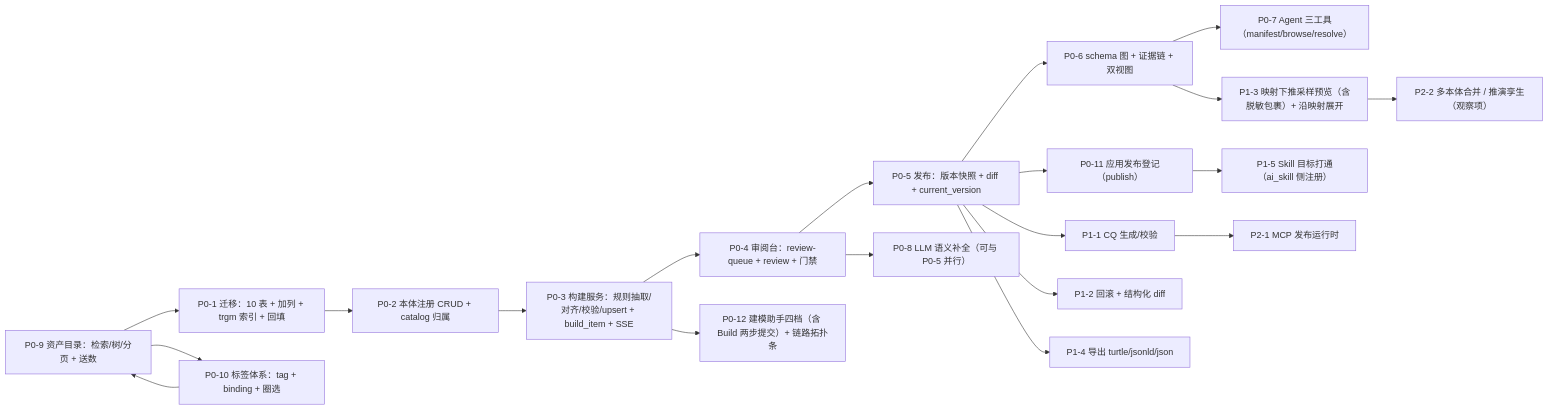
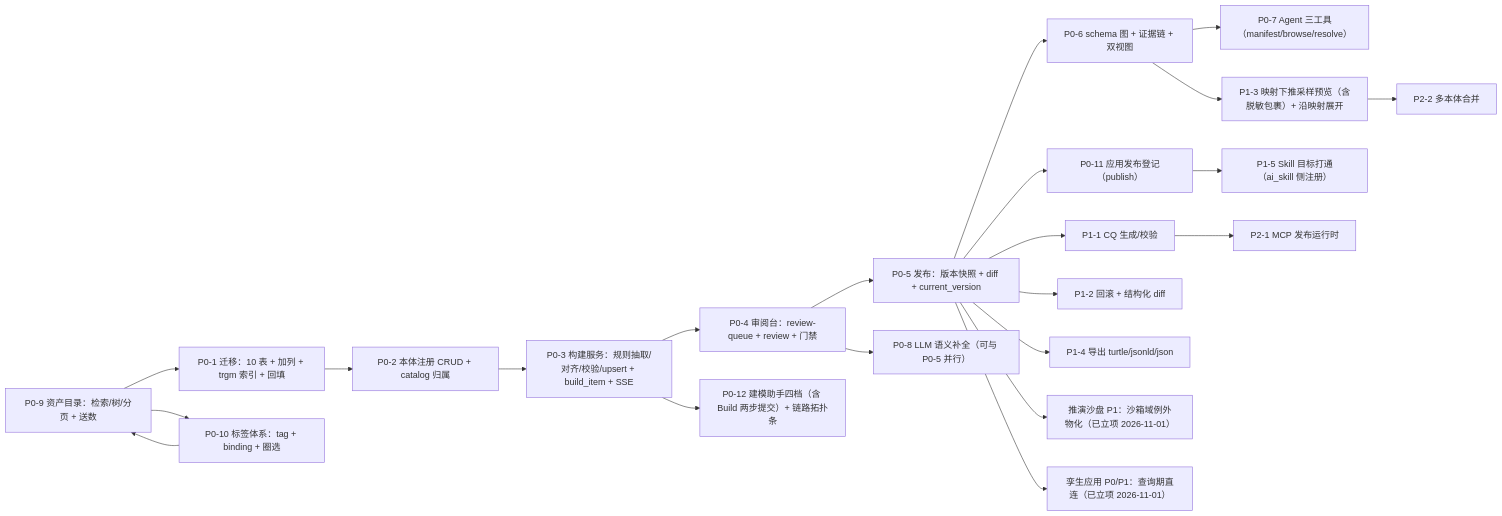
Before and after one commit to joezxh/mini-workbuddy: the eighth of 8 diagrams in docs/superpowers/specs/2026-10-31-ontology-capability-design.md, drawn with Mermaid. The commit also changed other lines of this file and 3 other files, not shown here.

````diff
--- a/docs/superpowers/specs/2026-10-31-ontology-capability-design.md
+++ b/docs/superpowers/specs/2026-10-31-ontology-capability-design.md
@@ -1046,22 +1046,24 @@
 ```mermaid
 flowchart LR
     P09["P0-9 资产目录：检索/树/分页 + 送数"] --> P0A["P0-1 迁移：10 表 + 加列 + trgm 索引 + 回填"]
     P09 --> P010["P0-10 标签体系：tag + binding + 圈选"]
     P010 --> P09
     P0A --> P0B["P0-2 本体注册 CRUD + catalog 归属"]
     P0B --> P0C["P0-3 构建服务：规则抽取/对齐/校验/upsert + build_item + SSE"]
     P0C --> P0D["P0-4 审阅台：review-queue + review + 门禁"]
     P0D --> P0E["P0-5 发布：版本快照 + diff + current_version"]
     P0E --> P0F["P0-6 schema 图 + 证据链 + 双视图"]
     P0F --> P0G["P0-7 Agent 三工具（manifest/browse/resolve）"]
     P0D --> P0H["P0-8 LLM 语义补全（可与 P0-5 并行）"]
     P0E --> P011["P0-11 应用发布登记（publish）"]
     P0C --> P012["P0-12 建模助手四档（含 Build 两步提交）+ 链路拓扑条"]
     P0E --> P1A["P1-1 CQ 生成/校验"]
     P0E --> P1B["P1-2 回滚 + 结构化 diff"]
     P0F --> P1C["P1-3 映射下推采样预览（含脱敏包裹）+ 沿映射展开"]
     P0E --> P1D["P1-4 导出 turtle/jsonld/json"]
     P011 --> P1E["P1-5 Skill 目标打通（ai_skill 侧注册）"]
     P1A --> P2A["P2-1 MCP 发布运行时"]
-    P1C --> P2B["P2-2 多本体合并 / 推演孪生（观察项）"]
+    P1C --> P2B["P2-2 多本体合并"]
+    P0E --> SBX["推演沙盘 P1：沙箱域例外物化（已立项 2026-11-01）"]
+    P0E --> TWN["孪生应用 P0/P1：查询期直连（已立项 2026-11-01）"]
 ```
````
